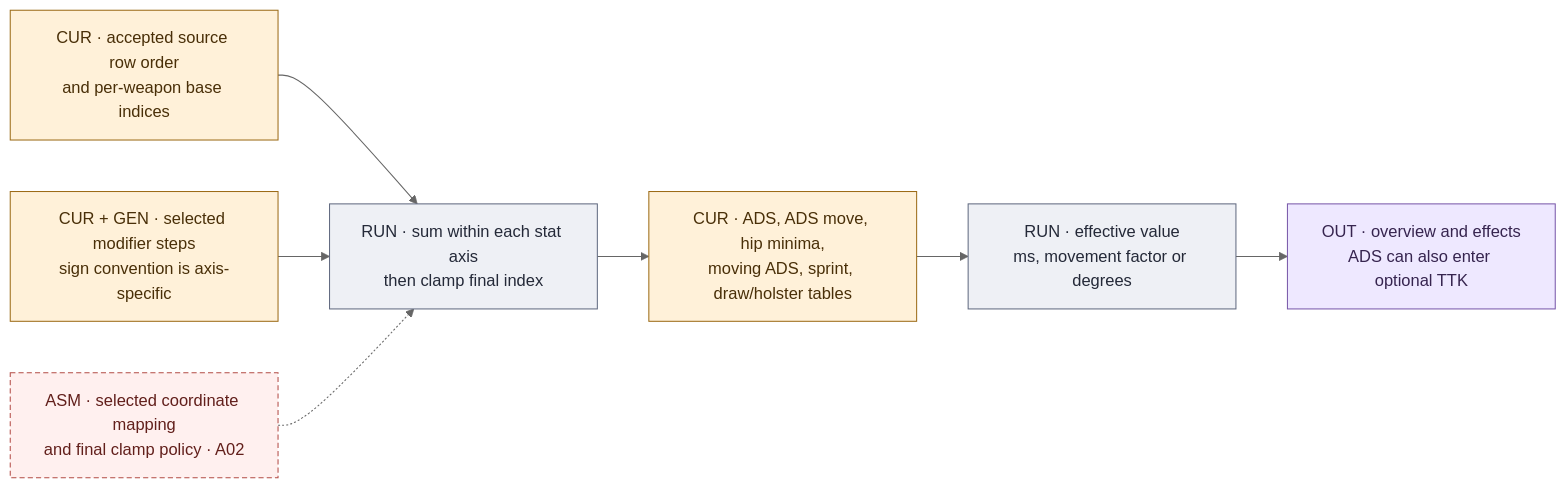
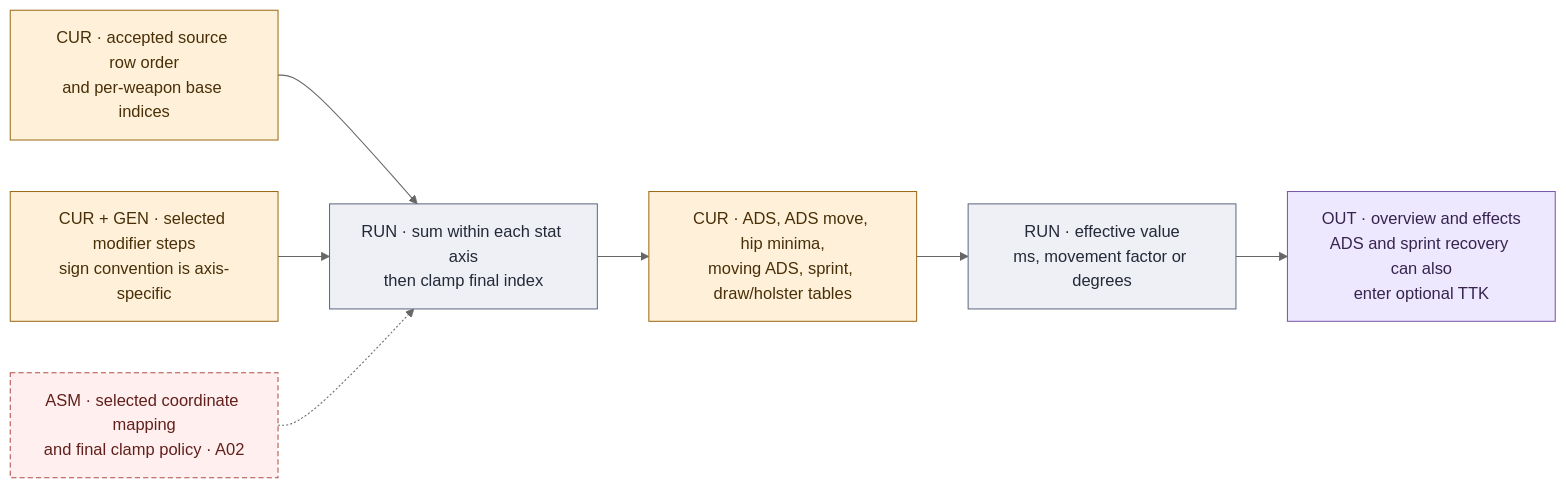
Before and after one commit to raymdl/BF6-Weapon-Analyzer: the third of 6 diagrams in docs/data-flow/LOADOUTS.md, drawn with Mermaid (neutral theme). The commit also changed other lines of this file and 14 other files, not shown here.

First line of the commit message:
Docs and Atlas 30 Oct: guides and atlas follow the sidebar, dialog, control, chart, touch and build-label changes

````diff
--- a/docs/data-flow/LOADOUTS.md
+++ b/docs/data-flow/LOADOUTS.md
@@ -112,20 +116,20 @@
 ```mermaid
 flowchart LR
     S["CUR · accepted source row order<br/>and per-weapon base indices"]:::cur
     D["CUR + GEN · selected modifier steps<br/>sign convention is axis-specific"]:::cur
     I["RUN · sum within each stat axis<br/>then clamp final index"]:::run
     L["CUR · ADS, ADS move, hip minima,<br/>moving ADS, sprint, draw/holster tables"]:::cur
     V["RUN · effective value<br/>ms, movement factor or degrees"]:::run
-    O["OUT · overview and effects<br/>ADS can also enter optional TTK"]:::out
+    O["OUT · overview and effects<br/>ADS and sprint recovery can also<br/>enter optional TTK"]:::out
     A["ASM · selected coordinate mapping<br/>and final clamp policy · A02"]:::asm
     S --> I
     D --> I
     A -.-> I
     I --> L
     L --> V
     V --> O
     classDef cur fill:#fff1d9,stroke:#9c6b17,color:#492f08
     classDef run fill:#eef0f5,stroke:#616a80,color:#242938
     classDef asm fill:#fff0ef,stroke:#b34c46,color:#621f1b,stroke-dasharray:5 3
     classDef out fill:#eee8ff,stroke:#7958aa,color:#36244f
 ```
````
